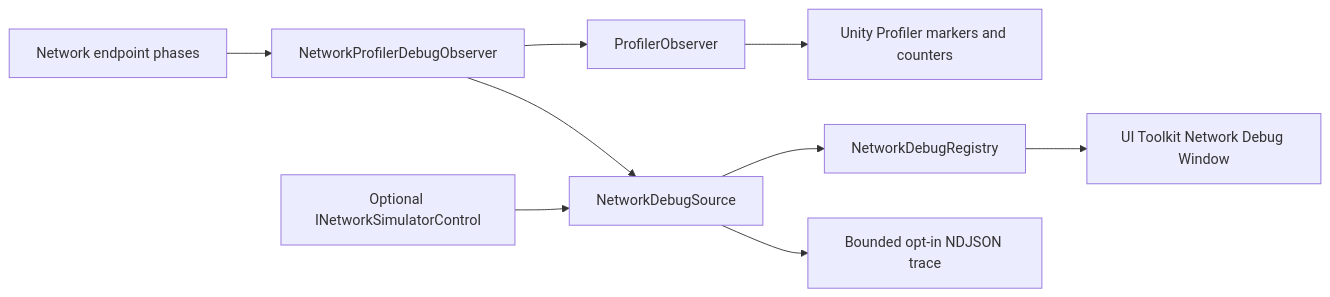
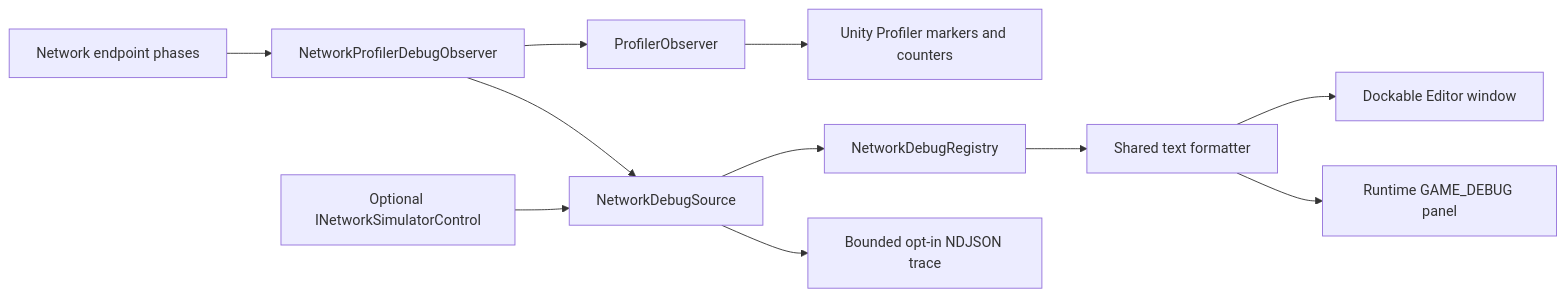
The diagram in README.md (UnioGame/unigame.staticecs.network.profiler), drawn with Mermaid before and after one commit. The commit also changed other lines of this file and 8 other files, not shown here.

````diff
--- a/README.md
+++ b/README.md
@@ -41,11 +41,13 @@
 ```mermaid
 flowchart LR
     E["Network endpoint phases"] --> C["NetworkProfilerDebugObserver"]
     C --> P["ProfilerObserver"]
     P --> U["Unity Profiler markers and counters"]
     C --> D["NetworkDebugSource"]
     D --> R["NetworkDebugRegistry"]
-    R --> W["UI Toolkit Network Debug Window"]
+    R --> F["Shared text formatter"]
+    F --> W["Dockable Editor window"]
+    F --> G["Runtime GAME_DEBUG panel"]
     S["Optional INetworkSimulatorControl"] --> D
     D --> N["Bounded opt-in NDJSON trace"]
 ```
````
